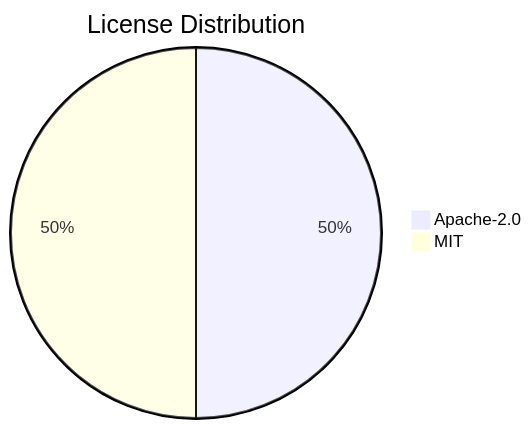
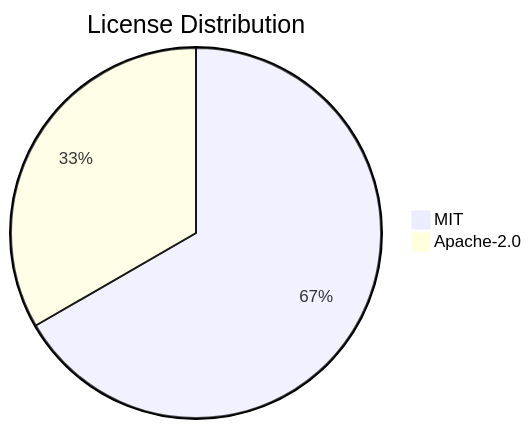
The diagram in .shipwright/compliance/sbom.md (svenroth-ai/shipwright), drawn with Mermaid before and after one commit. The commit also changed other lines of this file and 26 other files, not shown here.

````diff
--- a/.shipwright/compliance/sbom.md
+++ b/.shipwright/compliance/sbom.md
@@ -17,5 +17,5 @@
 ```mermaid
 pie title License Distribution
-    "Apache-2.0" : 4
-    "MIT" : 4
+    "MIT" : 2
+    "Apache-2.0" : 1
 ```
````
